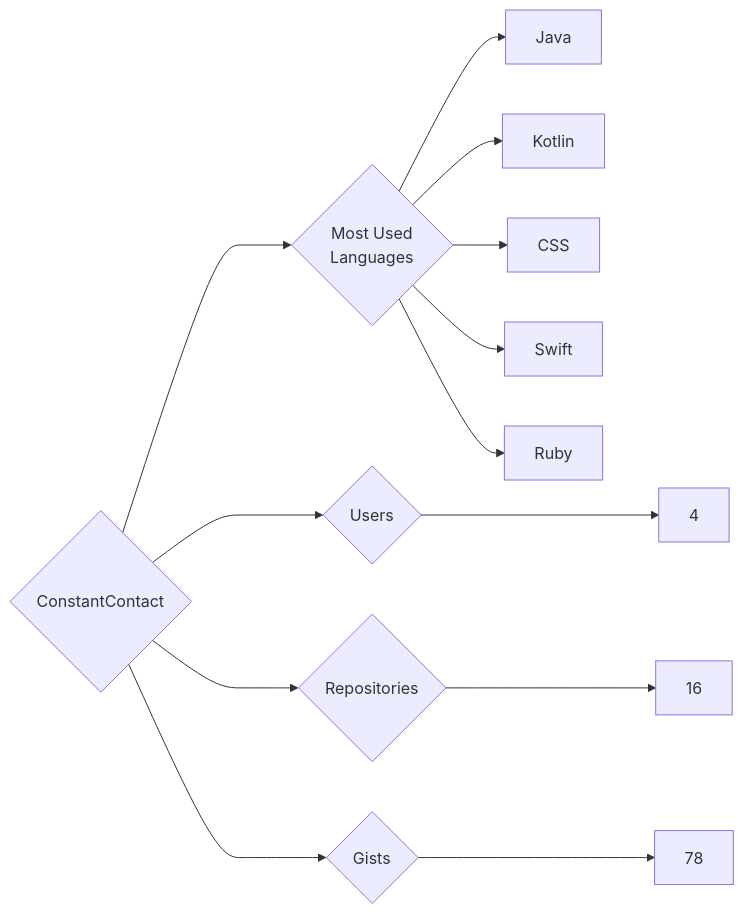
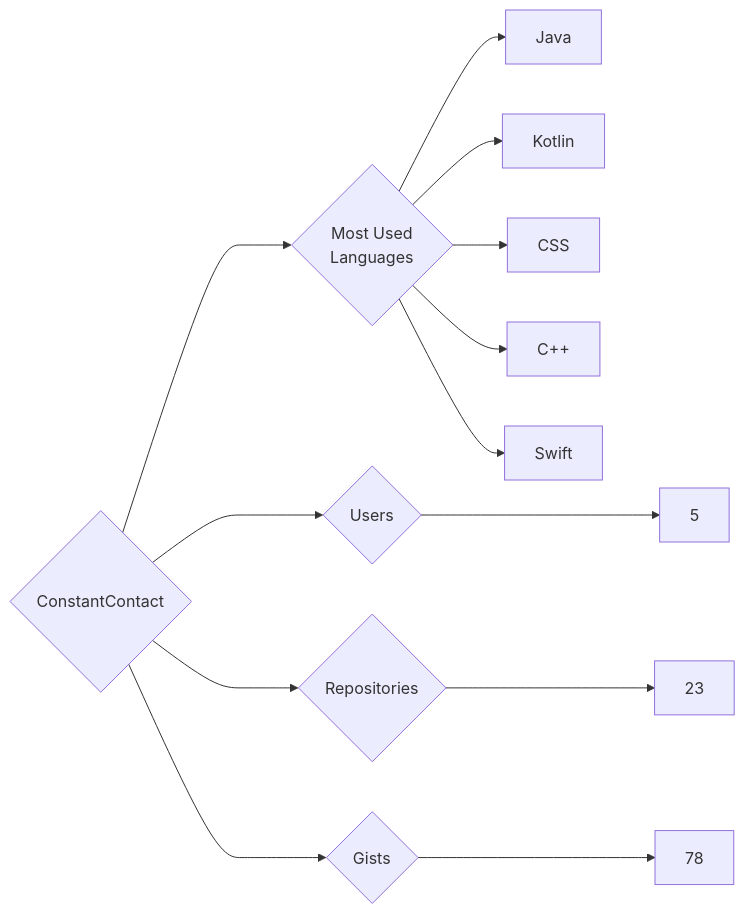
Before and after one commit to trickest/insiders: the diagram in targets/ConstantContact/README.md, drawn with Mermaid. The commit also changed 951 other files, not shown here.

````diff
--- a/targets/ConstantContact/README.md
+++ b/targets/ConstantContact/README.md
@@ -3,13 +3,13 @@
 ```mermaid
 graph LR
 COMPANY_NAME{ConstantContact}
-COMPANY_NAME ---> U{Users} ---> UN[4]
-COMPANY_NAME ---> R{Repositories} ---> RN[16]
+COMPANY_NAME ---> U{Users} ---> UN[5]
+COMPANY_NAME ---> R{Repositories} ---> RN[23]
 COMPANY_NAME ---> G{Gists} ---> GN[78]
 COMPANY_NAME ---> ML{Most Used<br>Languages}
-ML --> Java
-ML --> Kotlin
-ML --> CSS
-ML --> Swift
-ML --> Ruby
+ML --> Java[Java]
+ML --> Kotlin[Kotlin]
+ML --> CSS[CSS]
+ML --> C++[C++]
+ML --> Swift[Swift]
 ```
````
